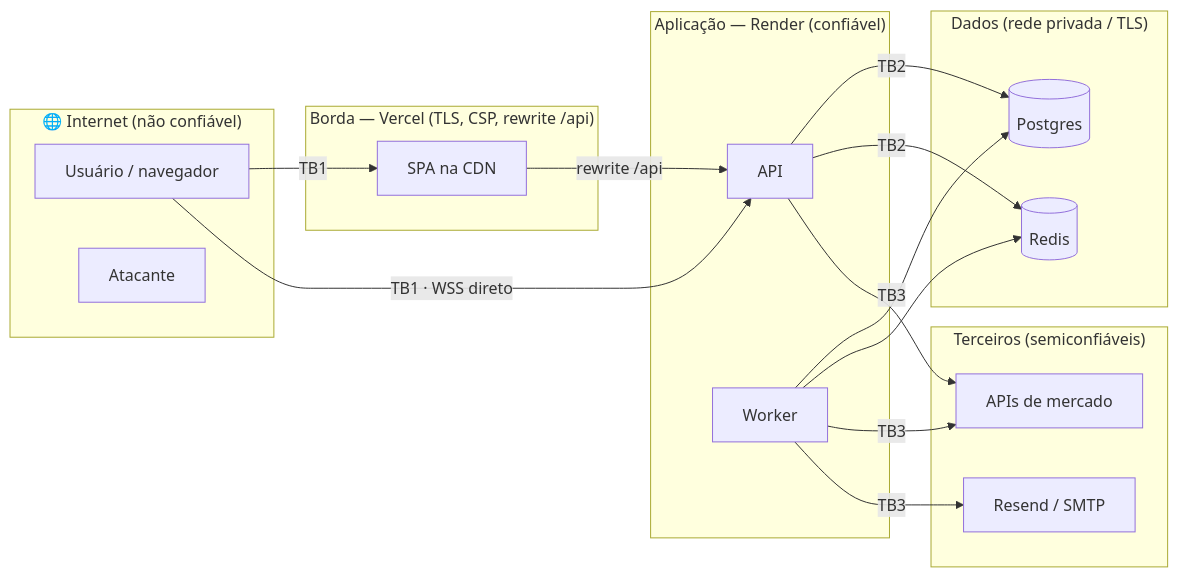
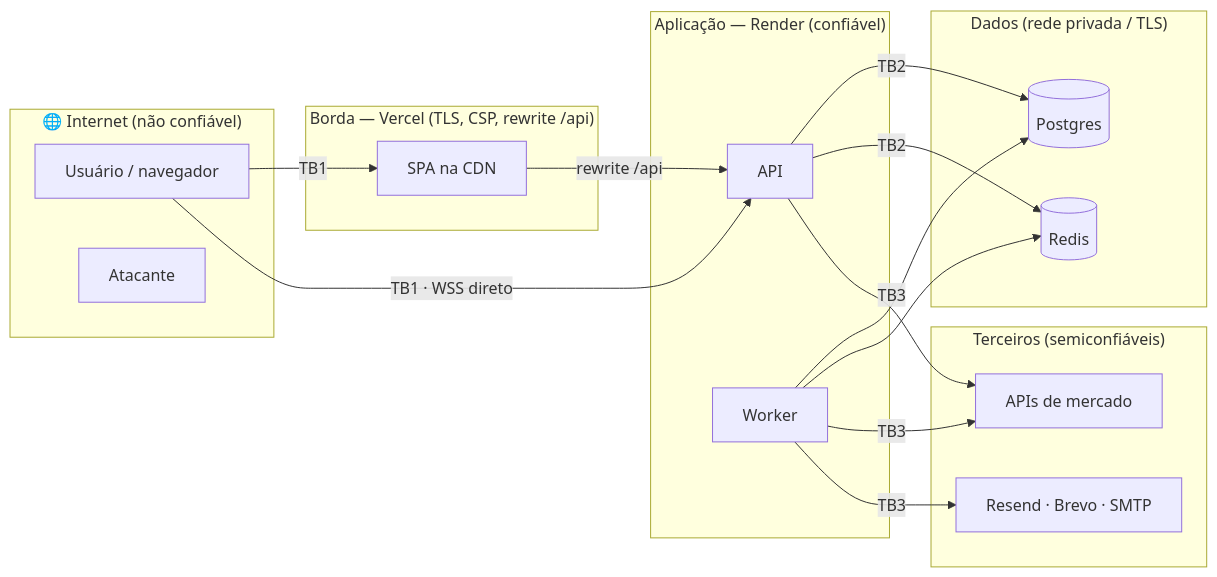
Before and after one commit to agnaldoteixeira338-code/turbo-mais: the diagram in docs/threat-model/THREAT-MODEL.md, drawn with Mermaid. The commit also changed 10 other files, not shown here.

First line of the commit message:
feat(email): Brevo como provedor de e-mail por API (Resend → Brevo → SMTP) (#27)

````diff
--- a/docs/threat-model/THREAT-MODEL.md
+++ b/docs/threat-model/THREAT-MODEL.md
@@ -8,28 +8,28 @@
 ```mermaid
 flowchart LR
   subgraph Internet["🌐 Internet (não confiável)"]
     U[Usuário / navegador]
     ATK[Atacante]
   end
   subgraph Borda["Borda — Vercel (TLS, CSP, rewrite /api)"]
     N[SPA na CDN]
   end
   subgraph App["Aplicação — Render (confiável)"]
     API[API]
     W[Worker]
   end
   subgraph Dados["Dados (rede privada / TLS)"]
     PG[(Postgres)]
     R[(Redis)]
   end
   subgraph Terceiros["Terceiros (semiconfiáveis)"]
     MKT[APIs de mercado]
-    MAIL[Resend / SMTP]
+    MAIL[Resend · Brevo · SMTP]
   end
   U -->|TB1| N -->|rewrite /api| API
   U -->|TB1 · WSS direto| API
   API -->|TB2| PG & R
   W --> PG & R
   API & W -->|TB3| MKT
   W -->|TB3| MAIL
 ```
````
